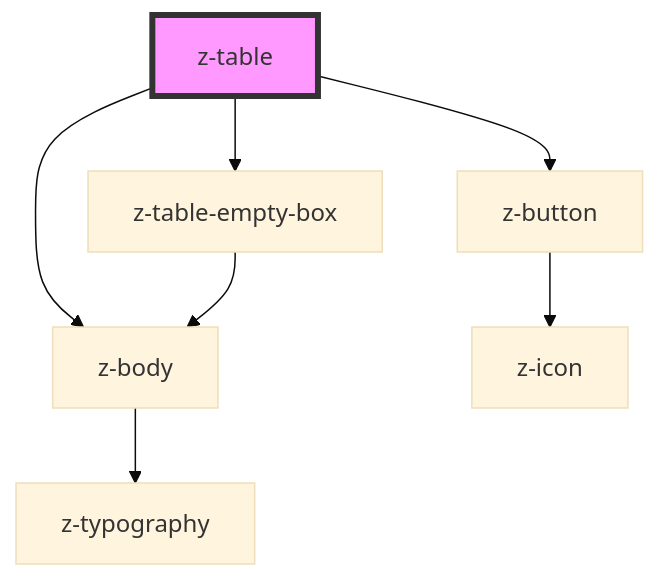
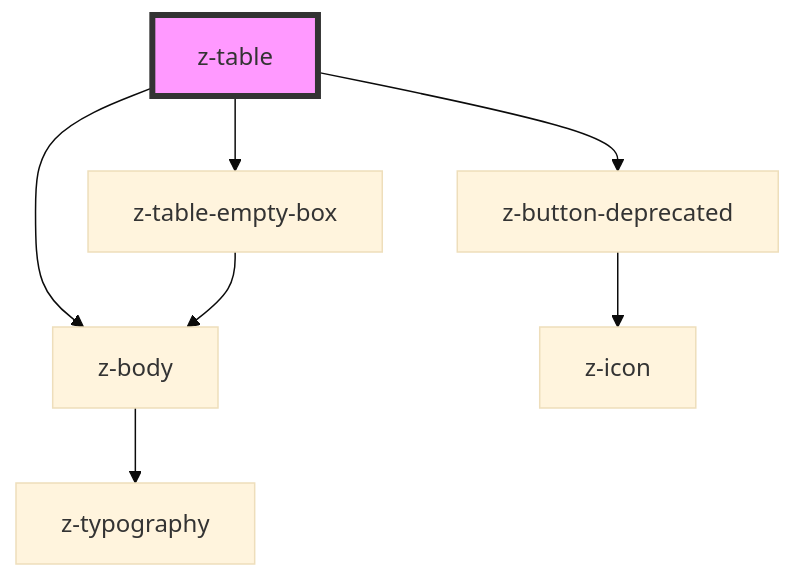
The diagram in src/components/z-table/z-table/readme.md (ZanichelliEditore/design-system), drawn with Mermaid (base theme) before and after one commit. The commit also changed other lines of this file and 61 other files, not shown here.

Commit message:
chore: use z-button-deprecated

````diff
--- a/src/components/z-table/z-table/readme.md
+++ b/src/components/z-table/z-table/readme.md
@@ -51,10 +51,10 @@
 ```mermaid
 graph TD;
   z-table --> z-body
   z-table --> z-table-empty-box
-  z-table --> z-button
+  z-table --> z-button-deprecated
   z-body --> z-typography
   z-table-empty-box --> z-body
-  z-button --> z-icon
+  z-button-deprecated --> z-icon
   style z-table fill:#f9f,stroke:#333,stroke-width:4px
 ```
````
